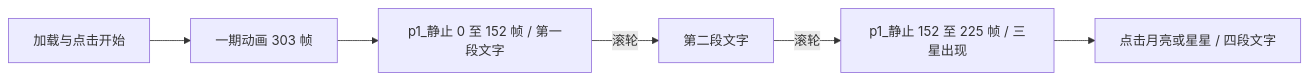
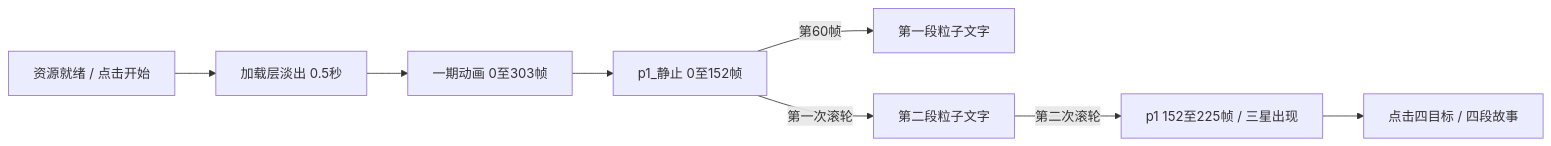
One commit to dailin3/web-extractor-replay-genshin changed the second of 2 diagrams in docs/phase-one.md. Above: the diagram before and after it, drawn with Mermaid. The commit also changed other lines of this file and 282 other files, not shown here.

````diff
--- a/docs/phase-one.md
+++ b/docs/phase-one.md
@@ -10,8 +49,10 @@
 ```mermaid
 flowchart LR
-  A[加载与点击开始] --> B[一期动画 303 帧]
-  B --> C[p1_静止 0 至 152 帧 / 第一段文字]
-  C -->|滚轮| D[第二段文字]
-  D -->|滚轮| E[p1_静止 152 至 225 帧 / 三星出现]
-  E --> F[点击月亮或星星 / 四段文字]
+  A[资源就绪 / 点击开始] --> B[加载层淡出 0.5秒]
+  B --> C[一期动画 0至303帧]
+  C --> D[p1_静止 0至152帧]
+  D -->|第60帧| E[第一段粒子文字]
+  D -->|第一次滚轮| F[第二段粒子文字]
+  F -->|第二次滚轮| G[p1 152至225帧 / 三星出现]
+  G --> H[点击四目标 / 四段故事]
 ```
````
